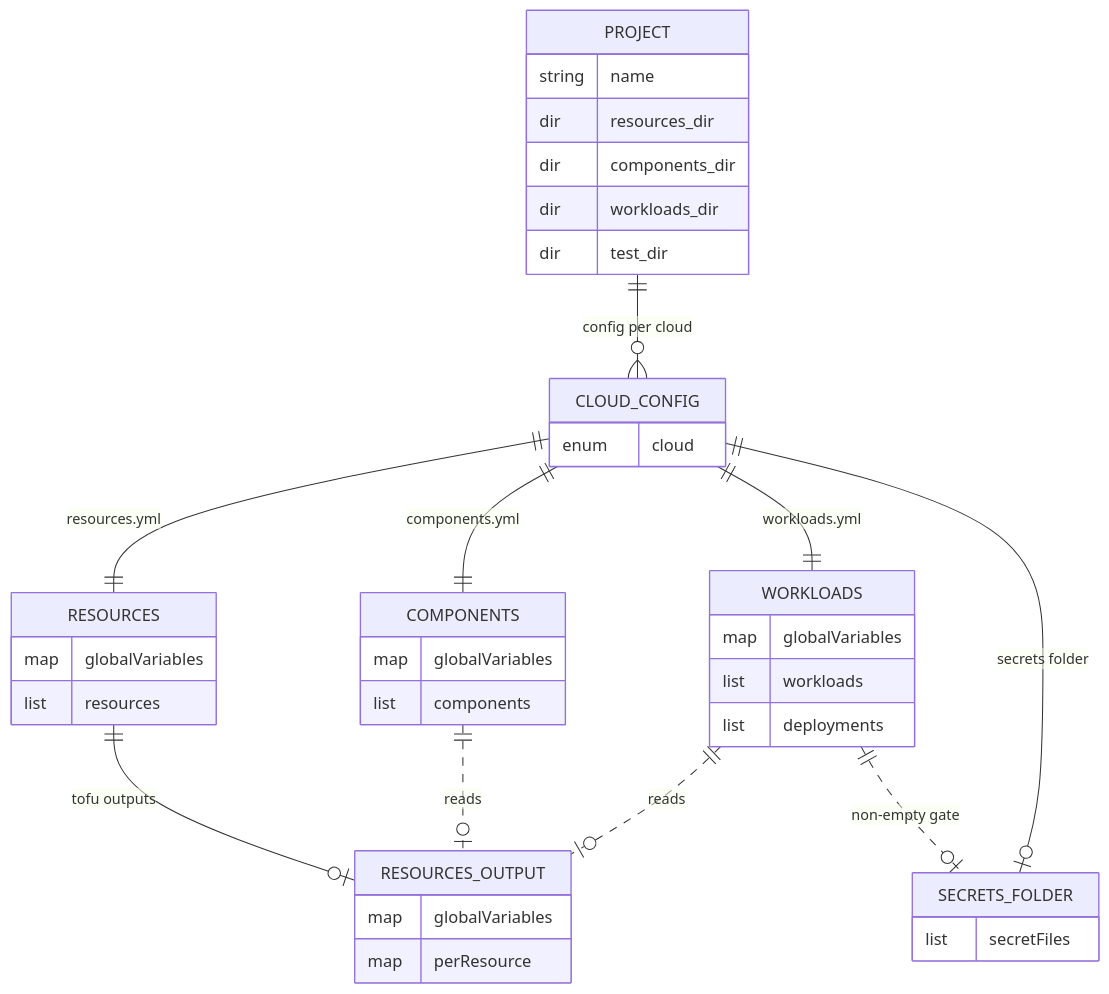
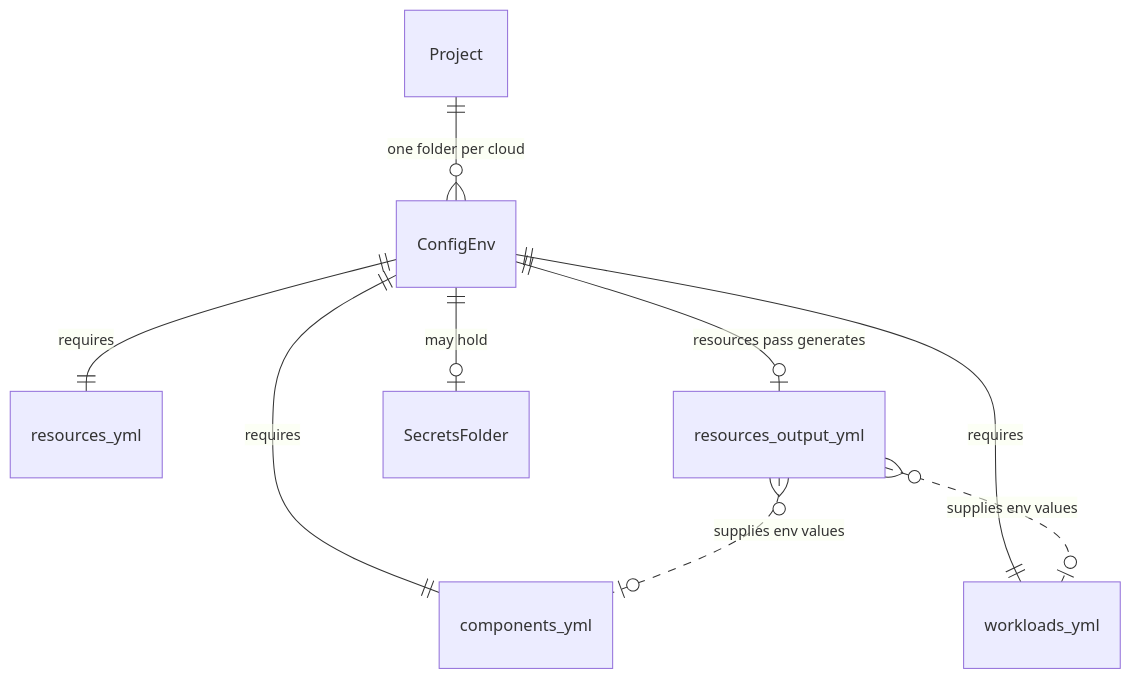
Before and after one commit to alissonsol/yuruna: the first of 10 diagrams in docs/design/05-data-model.md, drawn with Mermaid. The commit also changed other lines of this file and 635 other files, not shown here.

````diff
--- a/docs/design/05-data-model.md
+++ b/docs/design/05-data-model.md
@@ -26,44 +44,11 @@
 ```mermaid
 erDiagram
-    PROJECT ||--o{ CLOUD_CONFIG : "config per cloud"
-    CLOUD_CONFIG ||--|| RESOURCES : "resources.yml"
-    CLOUD_CONFIG ||--|| COMPONENTS : "components.yml"
-    CLOUD_CONFIG ||--|| WORKLOADS : "workloads.yml"
-    CLOUD_CONFIG ||--o| SECRETS_FOLDER : "secrets folder"
-    RESOURCES ||--o| RESOURCES_OUTPUT : "tofu outputs"
-    COMPONENTS ||..o| RESOURCES_OUTPUT : "reads"
-    WORKLOADS ||..o| RESOURCES_OUTPUT : "reads"
-    WORKLOADS ||..o| SECRETS_FOLDER : "non-empty gate"
-    %% planned: a gcp CLOUD_CONFIG parses, but global/resources/gcp ships no templates
-
-    PROJECT {
-        string name
-        dir resources_dir
-        dir components_dir
-        dir workloads_dir
-        dir test_dir
-    }
-    CLOUD_CONFIG {
-        enum cloud
-    }
-    RESOURCES {
-        map globalVariables
-        list resources
-    }
-    COMPONENTS {
-        map globalVariables
-        list components
-    }
-    WORKLOADS {
-        map globalVariables
-        list workloads
-        list deployments
-    }
-    RESOURCES_OUTPUT {
-        map globalVariables
-        map perResource
-    }
-    SECRETS_FOLDER {
-        list secretFiles
-    }
+    Project ||--o{ ConfigEnv : "one folder per cloud"
+    ConfigEnv ||--|| resources_yml : "requires"
+    ConfigEnv ||--|| components_yml : "requires"
+    ConfigEnv ||--|| workloads_yml : "requires"
+    ConfigEnv ||--o| resources_output_yml : "resources pass generates"
+    ConfigEnv ||--o| SecretsFolder : "may hold"
+    resources_output_yml }o..o| components_yml : "supplies env values"
+    resources_output_yml }o..o| workloads_yml : "supplies env values"
 ```
````
